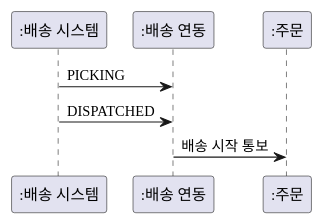
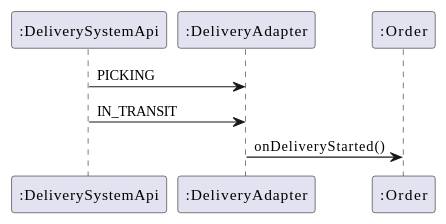
One commit to YoungSan77/TrainingMaterials changed the tenth of 12 diagrams in courses/ooad/sessions/s05.md. Above: the diagram before and after it, drawn with PlantUML. The commit also changed other lines of this file and 69 other files, not shown here.

````diff
--- a/courses/ooad/sessions/s05.md
+++ b/courses/ooad/sessions/s05.md
@@ -996,10 +1022,10 @@
 ```plantuml:sequence
 @startuml
-participant ":배송 시스템" as S
-participant ":배송 연동" as A
-participant ":주문" as O
+participant ":DeliverySystemApi" as S
+participant ":DeliveryAdapter" as A
+participant ":Order" as O
 S -> A : PICKING
-S -> A : DISPATCHED
-A -> O : 배송 시작 통보
+S -> A : IN_TRANSIT
+A -> O : onDeliveryStarted()
 @enduml
 ```
````
